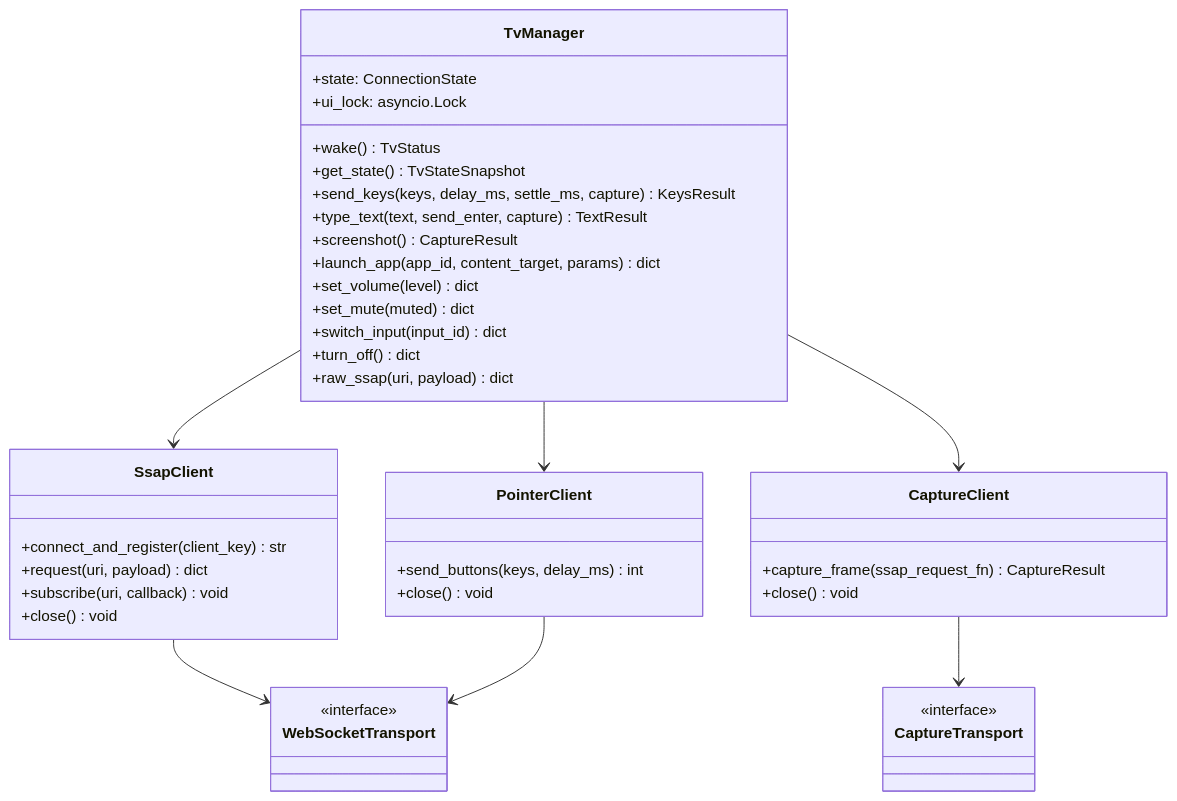
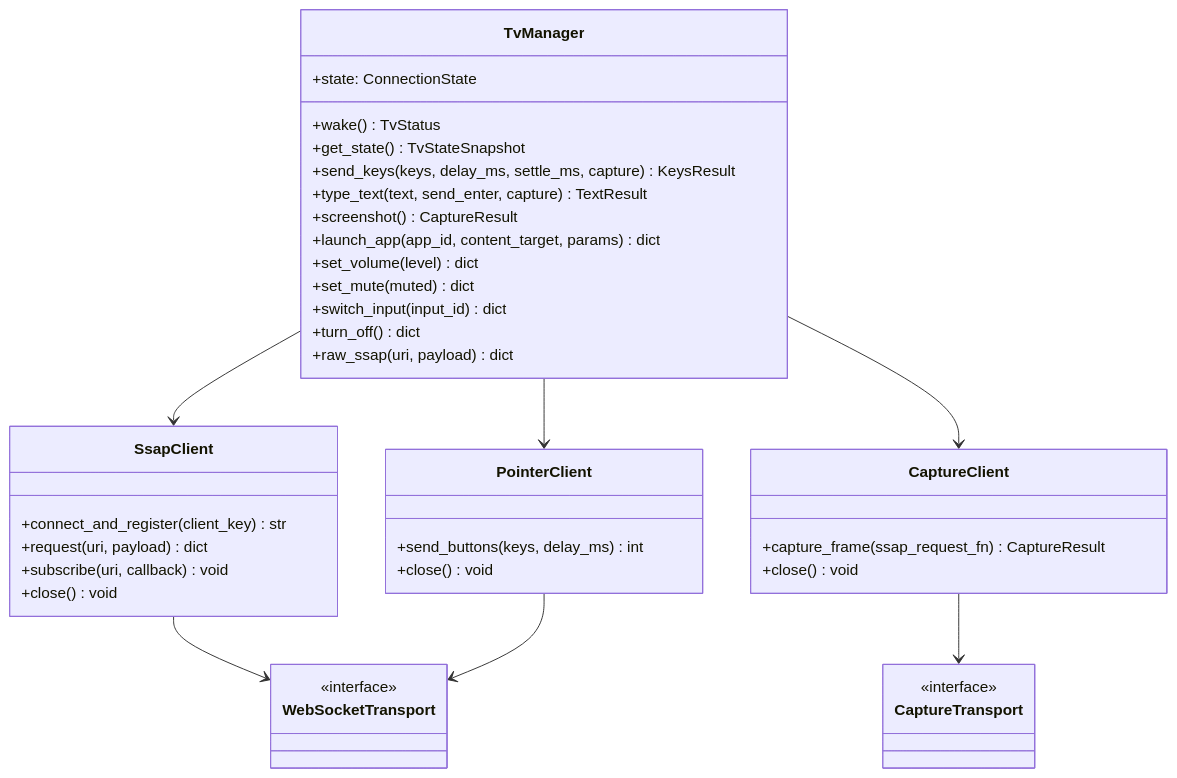
One commit to kiskaadee/lg-smtv-mcp changed the first of 2 diagrams in docs/designs/lg-smtv-mcp.md. Above: the diagram before and after it, drawn with Mermaid. The commit also changed other lines of this file and 1 other file, not shown here.

````diff
--- a/docs/designs/lg-smtv-mcp.md
+++ b/docs/designs/lg-smtv-mcp.md
@@ -90,44 +90,43 @@
 ```mermaid
 classDiagram
     class TvManager {
         +state: ConnectionState
-        +ui_lock: asyncio.Lock
         +wake() TvStatus
         +get_state() TvStateSnapshot
         +send_keys(keys, delay_ms, settle_ms, capture) KeysResult
         +type_text(text, send_enter, capture) TextResult
         +screenshot() CaptureResult
         +launch_app(app_id, content_target, params) dict
         +set_volume(level) dict
         +set_mute(muted) dict
         +switch_input(input_id) dict
         +turn_off() dict
         +raw_ssap(uri, payload) dict
     }
     class SsapClient {
         +connect_and_register(client_key) str
         +request(uri, payload) dict
         +subscribe(uri, callback) void
         +close() void
     }
     class PointerClient {
         +send_buttons(keys, delay_ms) int
         +close() void
     }
     class CaptureClient {
         +capture_frame(ssap_request_fn) CaptureResult
         +close() void
     }
     class WebSocketTransport {
         <<interface>>
     }
     class CaptureTransport {
         <<interface>>
     }
     TvManager --> SsapClient
     TvManager --> PointerClient
     TvManager --> CaptureClient
     SsapClient --> WebSocketTransport
     PointerClient --> WebSocketTransport
     CaptureClient --> CaptureTransport
 ```
````
